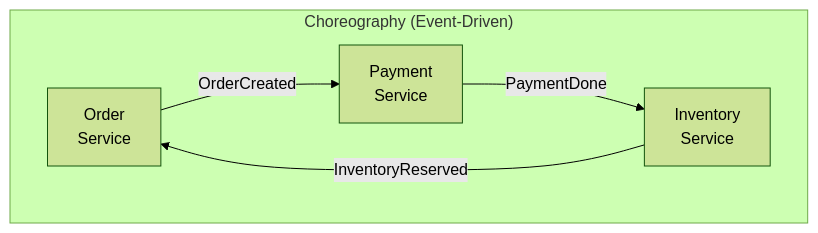
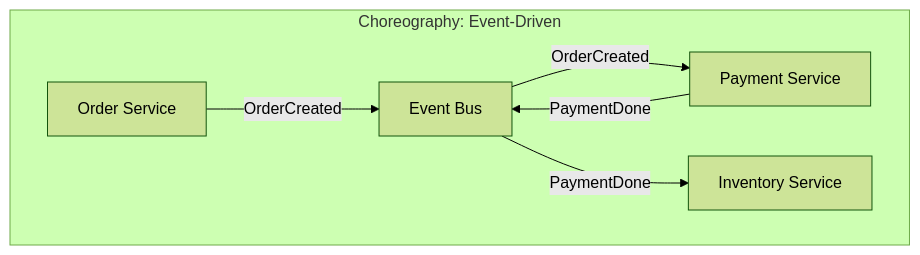
Before and after one commit to calmrocks/system-design-dive-deep: the sixth of 8 diagrams in SystemDesign/SystemDesign/Sessions/Distributed Transactions/Distributed Transactions.md, drawn with Mermaid (forest theme). The commit also changed other lines of this file, not shown here.

````diff
--- a/SystemDesign/SystemDesign/Sessions/Distributed Transactions/Distributed Transactions.md
+++ b/SystemDesign/SystemDesign/Sessions/Distributed Transactions/Distributed Transactions.md
@@ -242,9 +275,9 @@
-```mermaid
-flowchart LR
-    subgraph Choreography["Choreography (Event-Driven)"]
-        direction LR
-        OS1["Order<br/>Service"] -->|OrderCreated| PS1["Payment<br/>Service"]
-        PS1 -->|PaymentDone| IS1["Inventory<br/>Service"]
-        IS1 -->|InventoryReserved| OS1
+~~~mermaid
+flowchart TB
+    subgraph choreo["Choreography: Event-Driven"]
+        O1["Order Service"] -->|"OrderCreated"| E1["Event Bus"]
+        E1 -->|"OrderCreated"| P1["Payment Service"]
+        P1 -->|"PaymentDone"| E1
+        E1 -->|"PaymentDone"| I1["Inventory Service"]
     end
-```
+~~~
````
